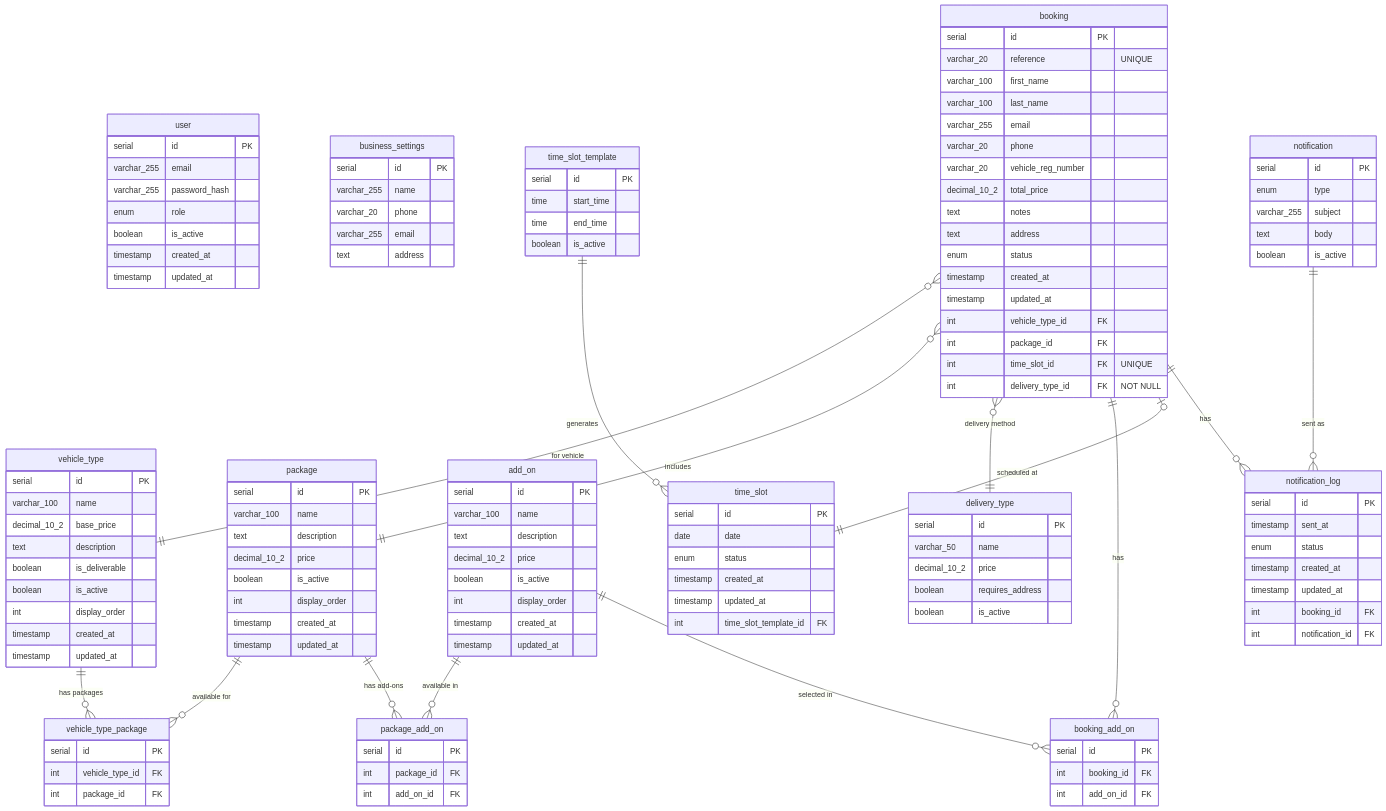
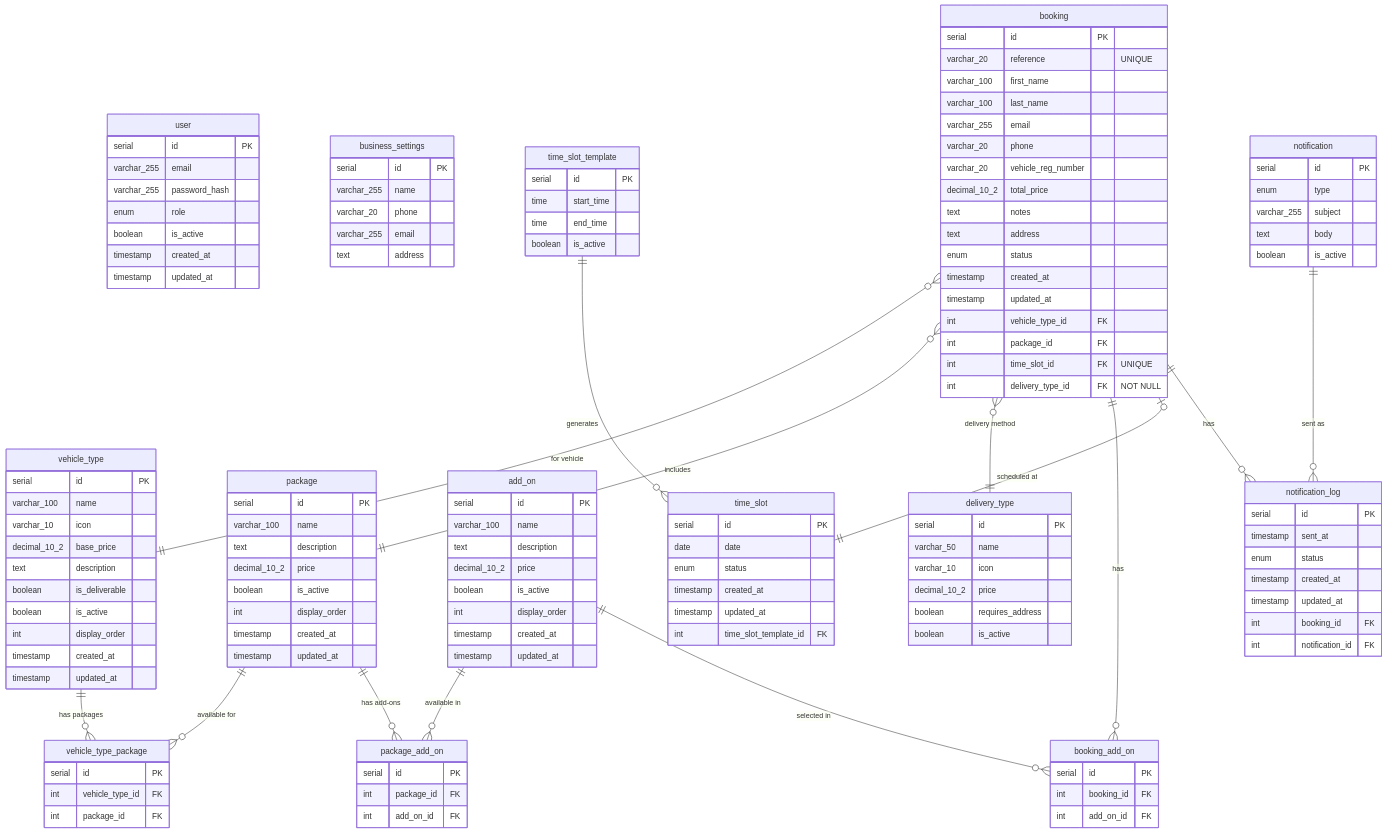
Before and after one commit to aKaidalov/detailing-api: the diagram in docs/erd/v4/erd.md, drawn with Mermaid. The commit also changed other lines of this file and 1 other file, not shown here.

Commit message:
docs: update documentation to match current project state

```diff
--- a/docs/erd/v4/erd.md
+++ b/docs/erd/v4/erd.md
@@ -33,6 +33,7 @@
     vehicle_type {
         serial id PK
         varchar_100 name
+        varchar_10 icon
         decimal_10_2 base_price
         text description
         boolean is_deliverable
@@ -67,6 +68,7 @@
     delivery_type {
         serial id PK
         varchar_50 name
+        varchar_10 icon
         decimal_10_2 price
         boolean requires_address
         boolean is_active
```
